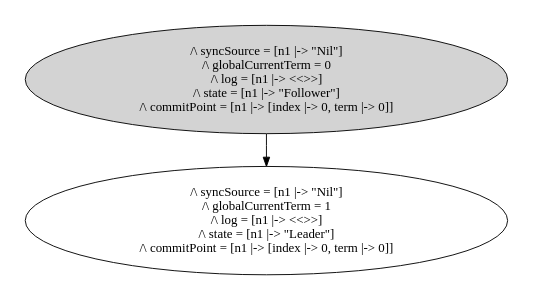
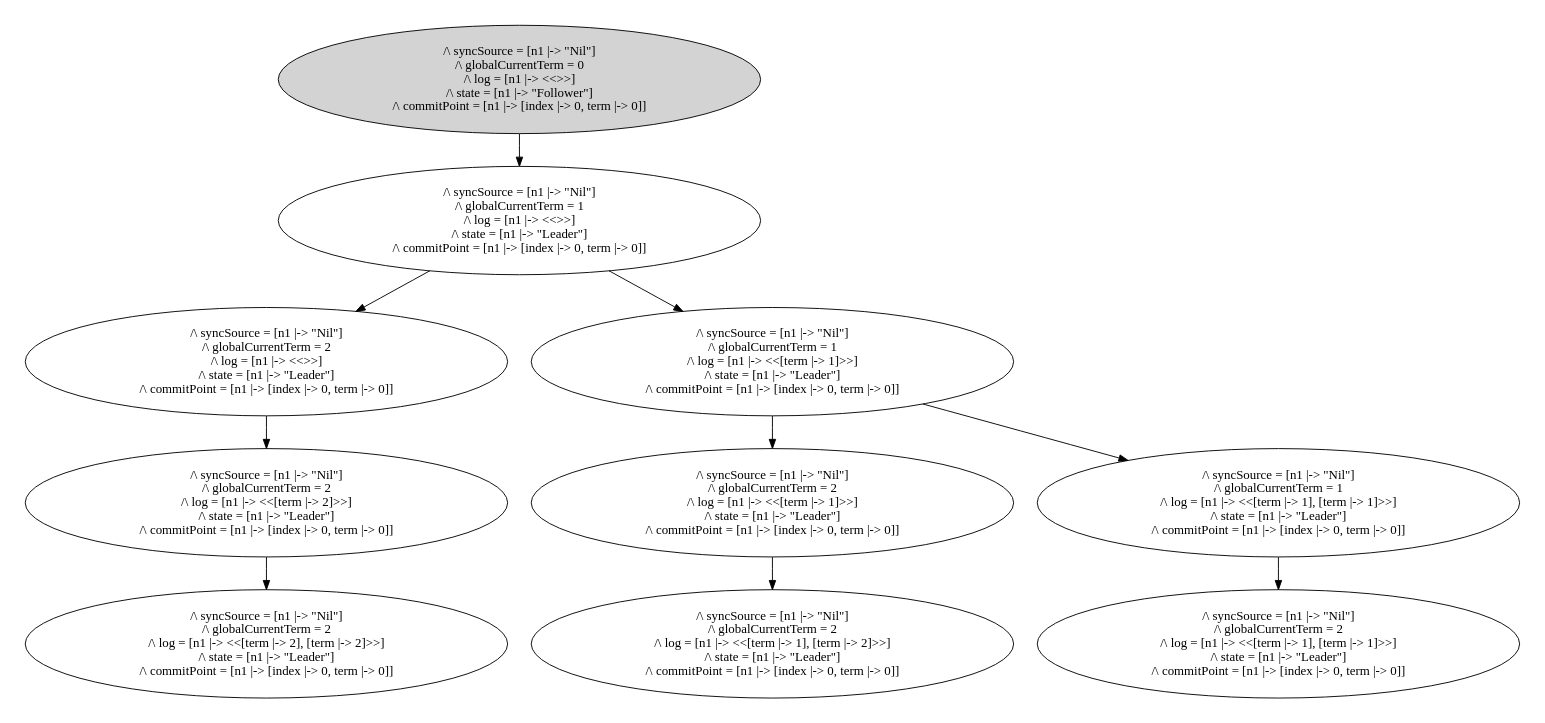
Before and after one commit to will62794/tla-web: the diagram in specs/with_state_graphs/RaftMongo.tla.dot, drawn with Graphviz. The commit also changed 2 other files, not shown here.

```diff
--- a/specs/with_state_graphs/RaftMongo.tla.dot
+++ b/specs/with_state_graphs/RaftMongo.tla.dot
@@ -1,10 +1,29 @@
 strict digraph DiskGraph {
 nodesep=0.35;
 subgraph cluster_graph {
 color="white";
 -7752689597064675857 [label="/\\ syncSource = [n1 |-> \"Nil\"]\n/\\ globalCurrentTerm = 0\n/\\ log = [n1 |-> <<>>]\n/\\ state = [n1 |-> \"Follower\"]\n/\\ commitPoint = [n1 |-> [index |-> 0, term |-> 0]]",style = filled]
 -7752689597064675857 -> -1680890162016123054 [label="",color="black",fontcolor="black"];
 -1680890162016123054 [label="/\\ syncSource = [n1 |-> \"Nil\"]\n/\\ globalCurrentTerm = 1\n/\\ log = [n1 |-> <<>>]\n/\\ state = [n1 |-> \"Leader\"]\n/\\ commitPoint = [n1 |-> [index |-> 0, term |-> 0]]"];
+-1680890162016123054 -> -8215454818431995761 [label="",color="black",fontcolor="black"];
+-8215454818431995761 [label="/\\ syncSource = [n1 |-> \"Nil\"]\n/\\ globalCurrentTerm = 2\n/\\ log = [n1 |-> <<>>]\n/\\ state = [n1 |-> \"Leader\"]\n/\\ commitPoint = [n1 |-> [index |-> 0, term |-> 0]]"];
+-1680890162016123054 -> 8874152486327724846 [label="",color="black",fontcolor="black"];
+8874152486327724846 [label="/\\ syncSource = [n1 |-> \"Nil\"]\n/\\ globalCurrentTerm = 1\n/\\ log = [n1 |-> <<[term |-> 1]>>]\n/\\ state = [n1 |-> \"Leader\"]\n/\\ commitPoint = [n1 |-> [index |-> 0, term |-> 0]]"];
+-8215454818431995761 -> -3720094429653499720 [label="",color="black",fontcolor="black"];
+-3720094429653499720 [label="/\\ syncSource = [n1 |-> \"Nil\"]\n/\\ globalCurrentTerm = 2\n/\\ log = [n1 |-> <<[term |-> 2]>>]\n/\\ state = [n1 |-> \"Leader\"]\n/\\ commitPoint = [n1 |-> [index |-> 0, term |-> 0]]"];
+8874152486327724846 -> -2766523918206895231 [label="",color="black",fontcolor="black"];
+-2766523918206895231 [label="/\\ syncSource = [n1 |-> \"Nil\"]\n/\\ globalCurrentTerm = 2\n/\\ log = [n1 |-> <<[term |-> 1]>>]\n/\\ state = [n1 |-> \"Leader\"]\n/\\ commitPoint = [n1 |-> [index |-> 0, term |-> 0]]"];
+8874152486327724846 -> -7349576994223211699 [label="",color="black",fontcolor="black"];
+-7349576994223211699 [label="/\\ syncSource = [n1 |-> \"Nil\"]\n/\\ globalCurrentTerm = 1\n/\\ log = [n1 |-> <<[term |-> 1], [term |-> 1]>>]\n/\\ state = [n1 |-> \"Leader\"]\n/\\ commitPoint = [n1 |-> [index |-> 0, term |-> 0]]"];
+-3720094429653499720 -> -3310423448266487048 [label="",color="black",fontcolor="black"];
+-3310423448266487048 [label="/\\ syncSource = [n1 |-> \"Nil\"]\n/\\ globalCurrentTerm = 2\n/\\ log = [n1 |-> <<[term |-> 2], [term |-> 2]>>]\n/\\ state = [n1 |-> \"Leader\"]\n/\\ commitPoint = [n1 |-> [index |-> 0, term |-> 0]]"];
+-2766523918206895231 -> -799324750591649109 [label="",color="black",fontcolor="black"];
+-799324750591649109 [label="/\\ syncSource = [n1 |-> \"Nil\"]\n/\\ globalCurrentTerm = 2\n/\\ log = [n1 |-> <<[term |-> 1], [term |-> 2]>>]\n/\\ state = [n1 |-> \"Leader\"]\n/\\ commitPoint = [n1 |-> [index |-> 0, term |-> 0]]"];
+-7349576994223211699 -> -2221120502151159406 [label="",color="black",fontcolor="black"];
+-2221120502151159406 [label="/\\ syncSource = [n1 |-> \"Nil\"]\n/\\ globalCurrentTerm = 2\n/\\ log = [n1 |-> <<[term |-> 1], [term |-> 1]>>]\n/\\ state = [n1 |-> \"Leader\"]\n/\\ commitPoint = [n1 |-> [index |-> 0, term |-> 0]]"];
 {rank = same; -7752689597064675857;}
+{rank = same; -1680890162016123054;}
+{rank = same; 8874152486327724846;-8215454818431995761;}
+{rank = same; -7349576994223211699;-2766523918206895231;-3720094429653499720;}
 }
 }
```
